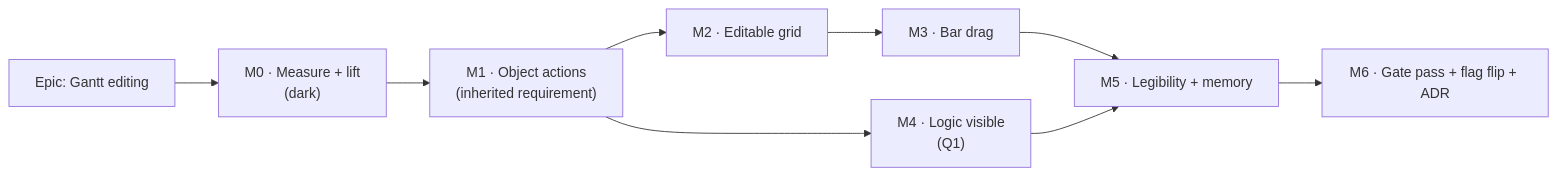
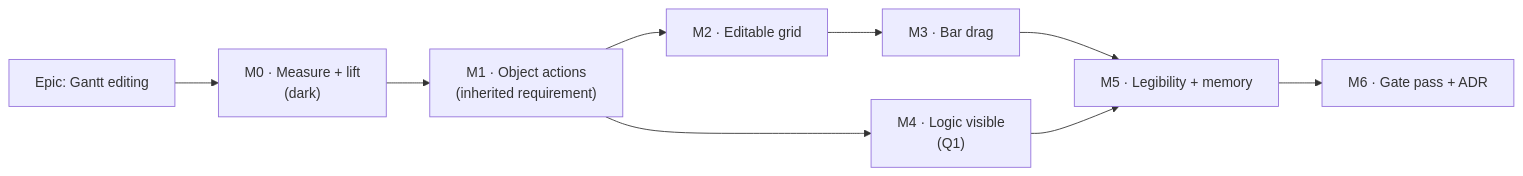
Before and after one commit to HuttonHomeHub/SchedulePoint_1: the diagram in docs/specs/gantt-editing/implementation-plan.md, drawn with Mermaid. The commit also changed other lines of this file and 1 other file, not shown here.

First line of the commit message:
docs(docs): record the four Gantt decisions, and what the two departures cost

````diff
--- a/docs/specs/gantt-editing/implementation-plan.md
+++ b/docs/specs/gantt-editing/implementation-plan.md
@@ -20,11 +20,11 @@
 ```mermaid
 flowchart LR
   E["Epic: Gantt editing"] --> M0["M0 · Measure + lift<br/>(dark)"]
   M0 --> M1["M1 · Object actions<br/>(inherited requirement)"]
   M1 --> M2["M2 · Editable grid"]
   M2 --> M3["M3 · Bar drag"]
   M1 --> M4["M4 · Logic visible<br/>(Q1)"]
   M3 --> M5["M5 · Legibility + memory"]
   M4 --> M5
-  M5 --> M6["M6 · Gate pass + flag flip + ADR"]
+  M5 --> M6["M6 · Gate pass + ADR"]
 ```
````
